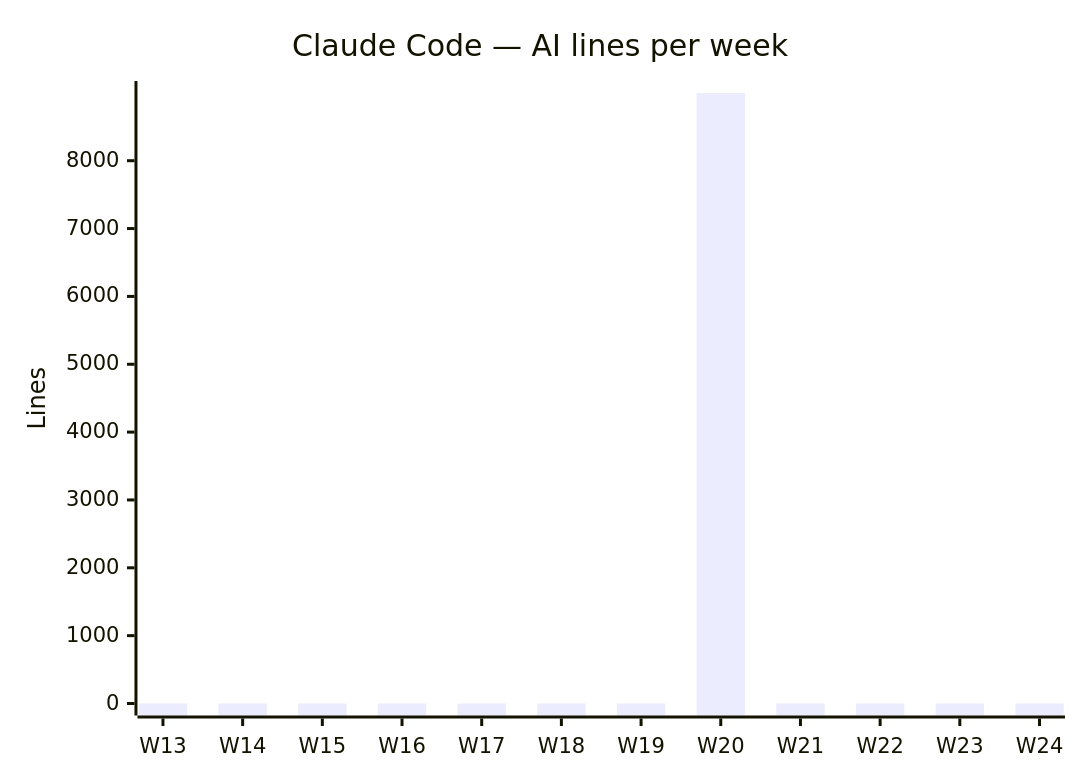
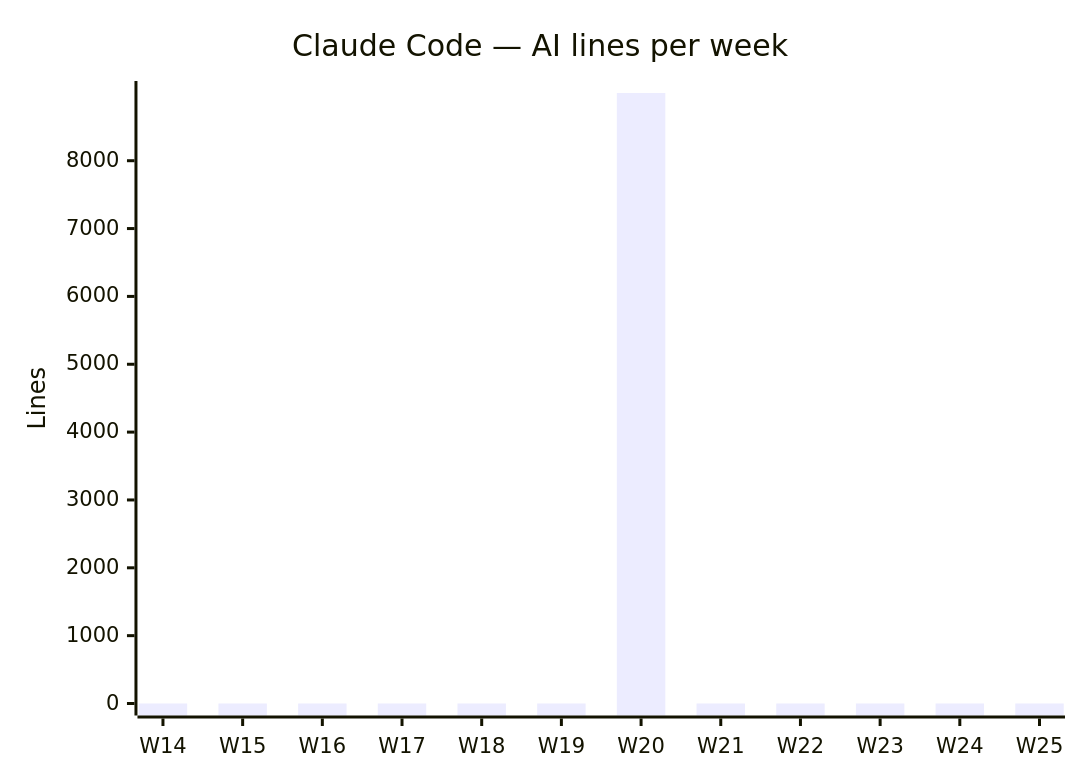
One commit to fromwaydowntown/ai-use changed the second of 4 diagrams in docs/AI_USAGE.md. Above: the diagram before and after it, drawn with Mermaid. The commit also changed other lines of this file, not shown here.

````diff
--- a/docs/AI_USAGE.md
+++ b/docs/AI_USAGE.md
@@ -29,7 +29,7 @@
 ```mermaid
 xychart-beta
     title "Claude Code — AI lines per week"
-    x-axis ["W13", "W14", "W15", "W16", "W17", "W18", "W19", "W20", "W21", "W22", "W23", "W24"]
+    x-axis ["W14", "W15", "W16", "W17", "W18", "W19", "W20", "W21", "W22", "W23", "W24", "W25"]
     y-axis "Lines"
-    bar [0, 0, 0, 0, 0, 0, 0, 8998, 0, 0, 0, 0]
+    bar [0, 0, 0, 0, 0, 0, 8998, 0, 0, 0, 0, 0]
 ```
````
